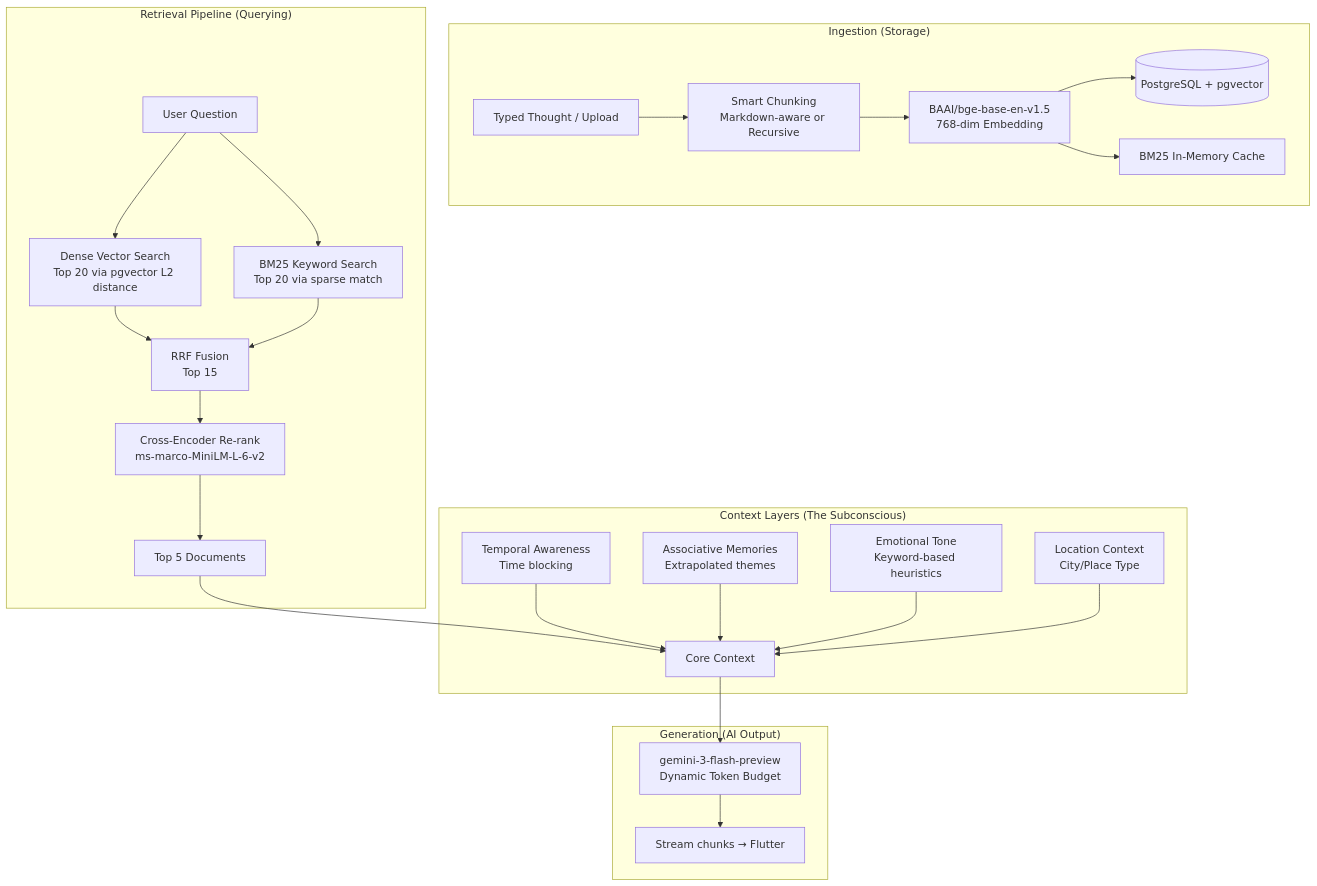
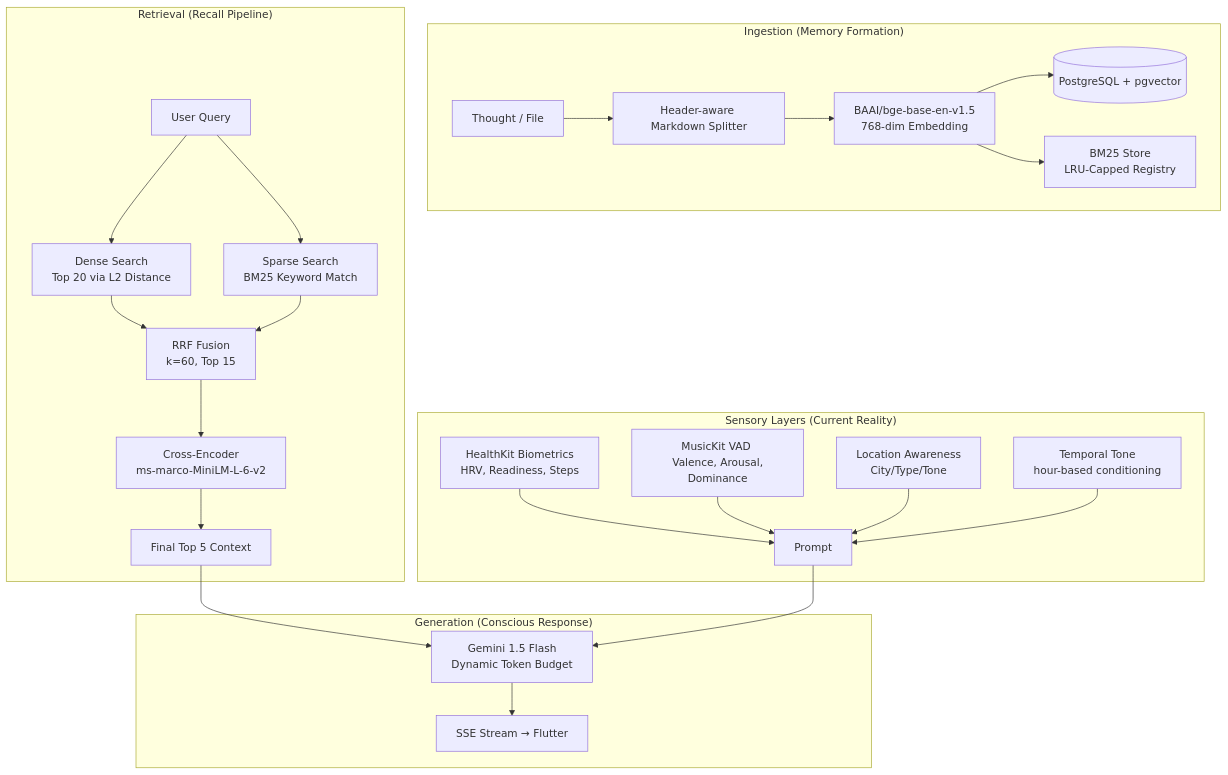
One commit to siddhant-debug/brain-dump changed the diagram in documentation/backend/rag/RAG_SYSTEM.md. Above: the diagram before and after it, drawn with Mermaid. The commit also changed other lines of this file and 70 other files, not shown here.

````diff
--- a/documentation/backend/rag/RAG_SYSTEM.md
+++ b/documentation/backend/rag/RAG_SYSTEM.md
@@ -16,31 +16,29 @@
 ```mermaid
 graph TD
-    subgraph "Ingestion (Storage)"
-        Note[Typed Thought / Upload] --> Chunk[Smart Chunking<br>Markdown-aware or Recursive]
-        Chunk --> Embed[BAAI/bge-base-en-v1.5<br>768-dim Embedding]
-        Embed --> PGVector[(PostgreSQL + pgvector)]
-        Embed --> BM25_Index[BM25 In-Memory Cache]
+    subgraph "Ingestion (Memory Formation)"
+        Note[Thought / File] --> Split[Header-aware Markdown Splitter]
+        Split --> Embed[BAAI/bge-base-en-v1.5 <br> 768-dim Embedding]
+        Embed --> PG[(PostgreSQL + pgvector)]
+        Embed --> BM25[BM25 Store <br> LRU-Capped Registry]
     end
 
-    subgraph "Retrieval Pipeline (Querying)"
-        Q[User Question] --> VecSearch[Dense Vector Search<br>Top 20 via pgvector L2 distance]
-        Q --> BM25Search[BM25 Keyword Search<br>Top 20 via sparse match]
-        VecSearch --> RRF[RRF Fusion<br>Top 15]
-        BM25Search --> RRF
-        RRF --> XEncoder[Cross-Encoder Re-rank<br>ms-marco-MiniLM-L-6-v2]
-        XEncoder --> Top5[Top 5 Documents]
+    subgraph "Retrieval (Recall Pipeline)"
+        Q[User Query] --> Dense[Dense Search <br> Top 20 via L2 Distance]
+        Q --> Sparse[Sparse Search <br> BM25 Keyword Match]
+        Dense & Sparse --> RRF[RRF Fusion <br> k=60, Top 15]
+        RRF --> Rerank[Cross-Encoder <br> ms-marco-MiniLM-L-6-v2]
+        Rerank --> Top5[Final Top 5 Context]
     end
 
-    subgraph "Context Layers (The Subconscious)"
-        Top5 --> Ctx[Core Context]
-        TimeAware[Temporal Awareness<br>Time blocking] --> Ctx
-        AssocMem[Associative Memories<br>Extrapolated themes] --> Ctx
-        EmotionTone[Emotional Tone<br>Keyword-based heuristics] --> Ctx
-        Location[Location Context<br>City/Place Type] --> Ctx
+    subgraph "Sensory Layers (Current Reality)"
+        Bio[HealthKit Biometrics <br> HRV, Readiness, Steps] --> Prompt
+        Music[MusicKit VAD <br> Valence, Arousal, Dominance] --> Prompt
+        Loc[Location Awareness <br> City/Type/Tone] --> Prompt
+        Time[Temporal Tone <br> hour-based conditioning] --> Prompt
     end
 
-    subgraph "Generation (AI Output)"
-        Ctx --> Gemini[gemini-3-flash-preview<br>Dynamic Token Budget]
-        Gemini --> Stream[Stream chunks → Flutter]
+    subgraph "Generation (Conscious Response)"
+        Top5 & Prompt --> Gemini[Gemini 1.5 Flash <br> Dynamic Token Budget]
+        Gemini --> SSE[SSE Stream → Flutter]
     end
 ```
````
